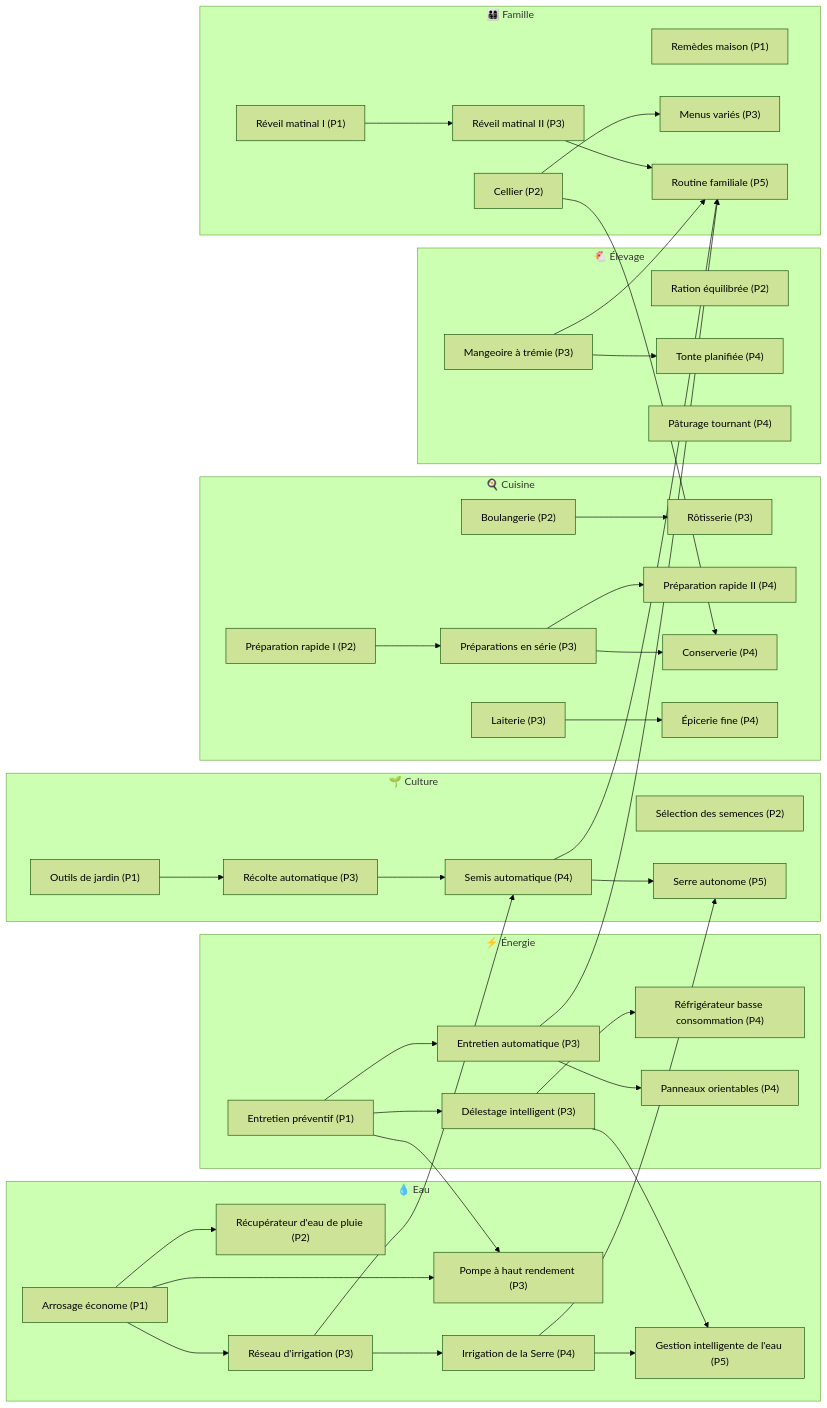
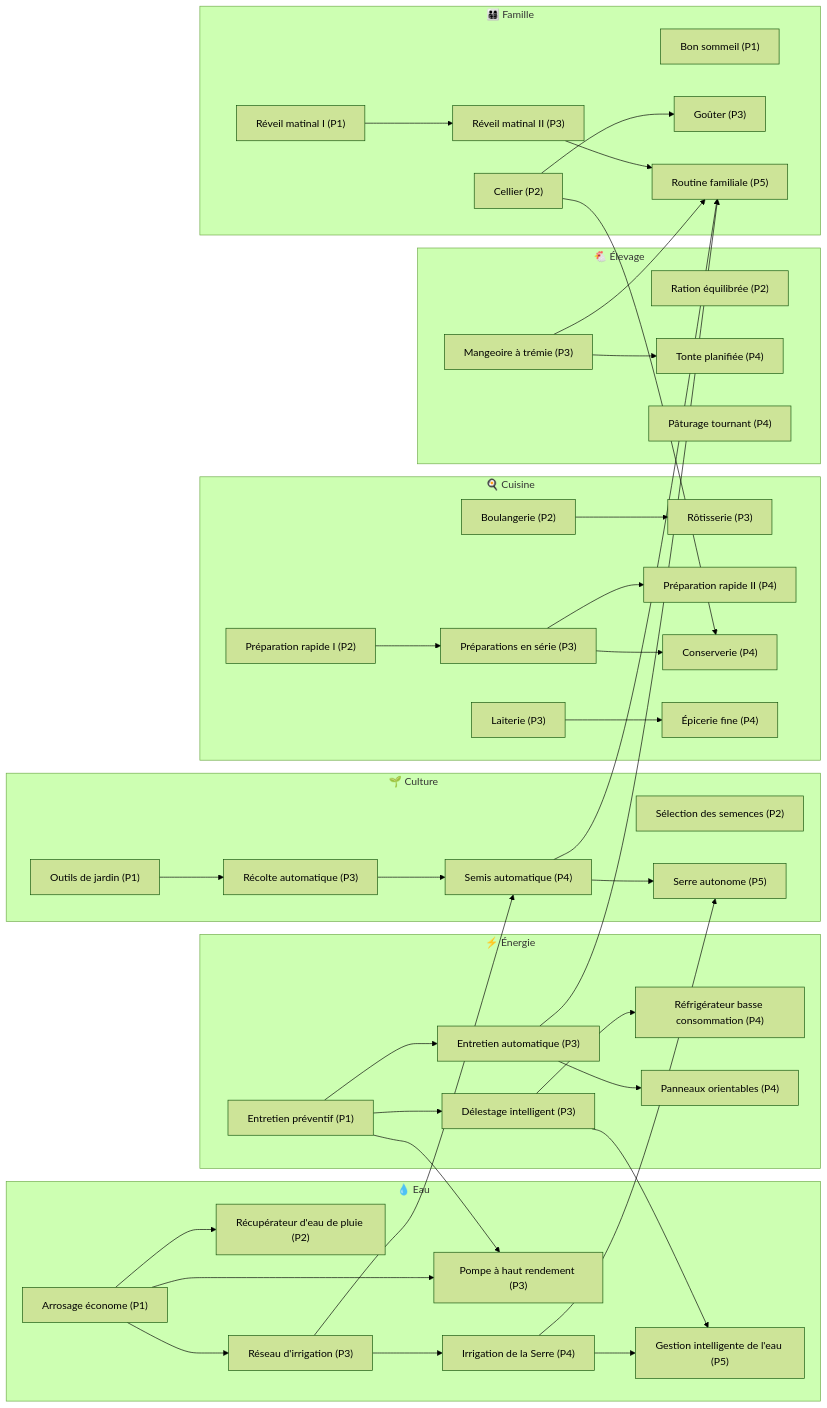
One commit to Aluzy/family_farm changed the diagram in docs/arbre_technologique.md. Above: the diagram before and after it, drawn with Mermaid (forest theme). The commit also changed other lines of this file and 51 other files, not shown here.

````diff
--- a/docs/arbre_technologique.md
+++ b/docs/arbre_technologique.md
@@ -82,78 +82,78 @@
 ```mermaid
 flowchart LR
   subgraph energie["⚡ Énergie"]
     en_entretien["Entretien préventif (P1)"]
     en_delestage["Délestage intelligent (P3)"]
     en_entretien_auto["Entretien automatique (P3)"]
     en_frigo_eco["Réfrigérateur basse consommation (P4)"]
     en_hiver["Panneaux orientables (P4)"]
   end
   subgraph eau["💧 Eau"]
     ea_econome["Arrosage économe (P1)"]
     ea_pluie["Récupérateur d'eau de pluie (P2)"]
     ea_irrigation["Réseau d'irrigation (P3)"]
     ea_pompe_eco["Pompe à haut rendement (P3)"]
     ea_serre["Irrigation de la Serre (P4)"]
     ea_gestion["Gestion intelligente de l'eau (P5)"]
   end
   subgraph culture["🌱 Culture"]
     cu_outils["Outils de jardin (P1)"]
     cu_semences["Sélection des semences (P2)"]
     cu_recolte_auto["Récolte automatique (P3)"]
     semis_auto["Semis automatique (P4)"]
     cu_serre_auto["Serre autonome (P5)"]
   end
   subgraph elevage["🐔 Élevage"]
     el_ration["Ration équilibrée (P2)"]
     el_mangeoire["Mangeoire à trémie (P3)"]
     el_tonte["Tonte planifiée (P4)"]
     el_paturage["Pâturage tournant (P4)"]
   end
   subgraph cuisine["🍳 Cuisine"]
     prepa_1["Préparation rapide I (P2)"]
     cui_boulangerie["Boulangerie (P2)"]
     cui_serie["Préparations en série (P3)"]
     cui_laiterie["Laiterie (P3)"]
     cui_rotisserie["Rôtisserie (P3)"]
     prepa_2["Préparation rapide II (P4)"]
     cui_conserverie["Conserverie (P4)"]
     cui_epicerie["Épicerie fine (P4)"]
   end
   subgraph famille["👨‍👩‍👧‍👦 Famille"]
     reveil_1["Réveil matinal I (P1)"]
-    fa_remedes["Remèdes maison (P1)"]
+    fa_sommeil["Bon sommeil (P1)"]
     fa_cellier["Cellier (P2)"]
-    fa_menus["Menus variés (P3)"]
+    fa_gouter["Goûter (P3)"]
     reveil_2["Réveil matinal II (P3)"]
     fa_routine["Routine familiale (P5)"]
   end
   en_entretien --> en_delestage
   en_entretien --> en_entretien_auto
   en_delestage --> en_frigo_eco
   en_entretien_auto --> en_hiver
   ea_econome --> ea_pluie
   ea_econome --> ea_irrigation
   ea_econome --> ea_pompe_eco
   en_entretien --> ea_pompe_eco
   ea_irrigation --> ea_serre
   ea_serre --> ea_gestion
   en_delestage --> ea_gestion
   cu_outils --> cu_recolte_auto
   cu_recolte_auto --> semis_auto
   ea_irrigation --> semis_auto
   semis_auto --> cu_serre_auto
   ea_serre --> cu_serre_auto
   el_mangeoire --> el_tonte
   prepa_1 --> cui_serie
   cui_boulangerie --> cui_rotisserie
   cui_serie --> prepa_2
   cui_serie --> cui_conserverie
   fa_cellier --> cui_conserverie
   cui_laiterie --> cui_epicerie
-  fa_cellier --> fa_menus
+  fa_cellier --> fa_gouter
   reveil_1 --> reveil_2
   reveil_2 --> fa_routine
   semis_auto --> fa_routine
   el_mangeoire --> fa_routine
   en_entretien_auto --> fa_routine
 ```
````
